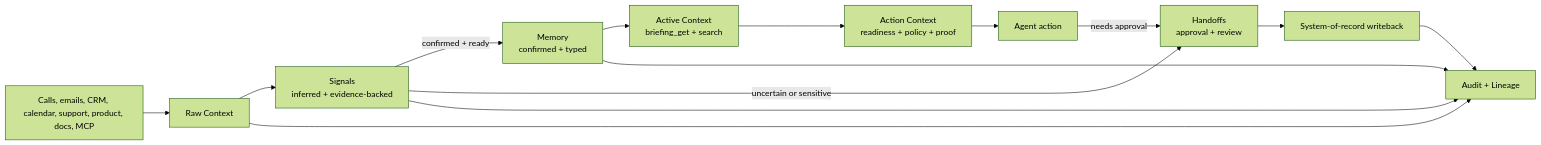
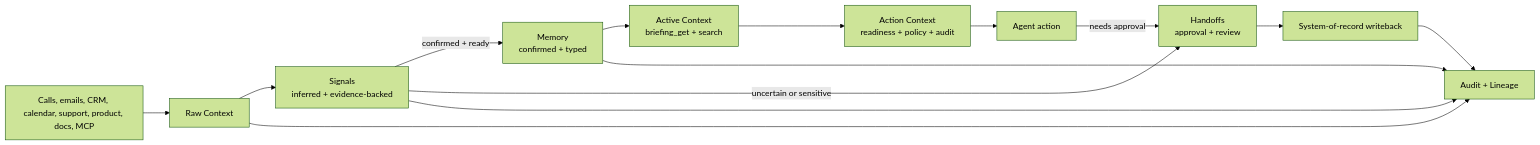
One commit to crmy-ai/crmy changed the second of 2 diagrams in README.md. Above: the diagram before and after it, drawn with Mermaid (forest theme). The commit also changed other lines of this file, not shown here.

````diff
--- a/README.md
+++ b/README.md
@@ -163,24 +163,24 @@
 ```mermaid
 flowchart LR
   sources["Calls, emails, CRM, calendar, support, product, docs, MCP"]
   raw["Raw Context"]
   signals["Signals\ninferred + evidence-backed"]
   memory["Memory\nconfirmed + typed"]
   active["Active Context\nbriefing_get + search"]
-  action_context["Action Context\nreadiness + policy + proof"]
+  action_context["Action Context\nreadiness + policy + audit"]
   agent["Agent action"]
   handoff["Handoffs\napproval + review"]
   writeback["System-of-record writeback"]
   audit["Audit + Lineage"]
 
   sources --> raw --> signals
   signals -->|confirmed + ready| memory
   signals -->|uncertain or sensitive| handoff
   memory --> active --> action_context --> agent
   agent -->|needs approval| handoff
   handoff --> writeback
   writeback --> audit
   raw --> audit
   signals --> audit
   memory --> audit
 ```
````
